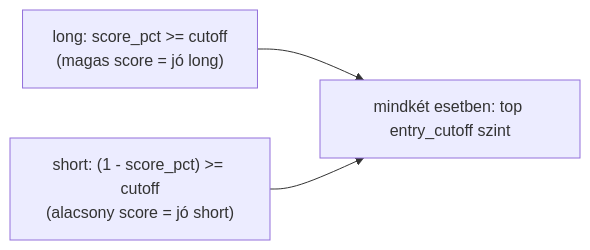
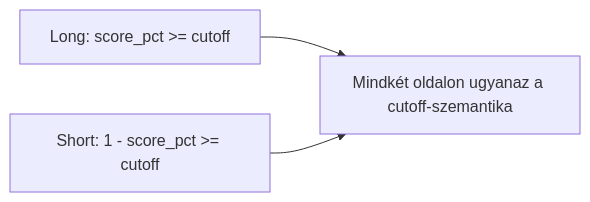
One commit to Nemesis14/chronoquant changed the fifth of 5 diagrams in _doc_/methodology_doc/6300_strategy_grid_search.md. Above: the diagram before and after it, drawn with Mermaid. The commit also changed other lines of this file and 1415 other files, not shown here.

````diff
--- a/_doc_/methodology_doc/6300_strategy_grid_search.md
+++ b/_doc_/methodology_doc/6300_strategy_grid_search.md
@@ -138,9 +87,9 @@
 ```mermaid
 flowchart LR
-  LONG["long: score_pct >= cutoff\n(magas score = jó long)"]
-  SHORT["short: (1 - score_pct) >= cutoff\n(alacsony score = jó short)"]
-  UNIFIED[mindkét esetben: top entry_cutoff szint]
+  LONG[Long: score_pct >= cutoff]
+  SHORT[Short: 1 - score_pct >= cutoff]
+  UNIFIED[Mindkét oldalon ugyanaz a cutoff-szemantika]
 
   LONG --> UNIFIED
   SHORT --> UNIFIED
 ```
````
